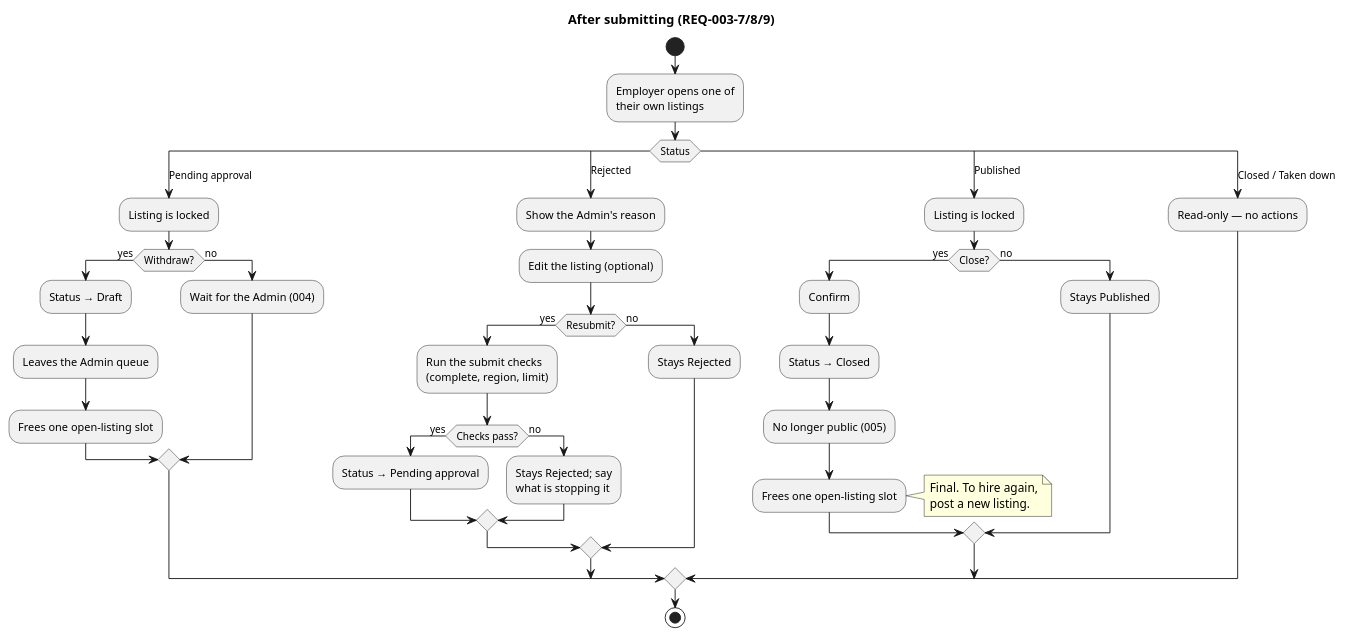
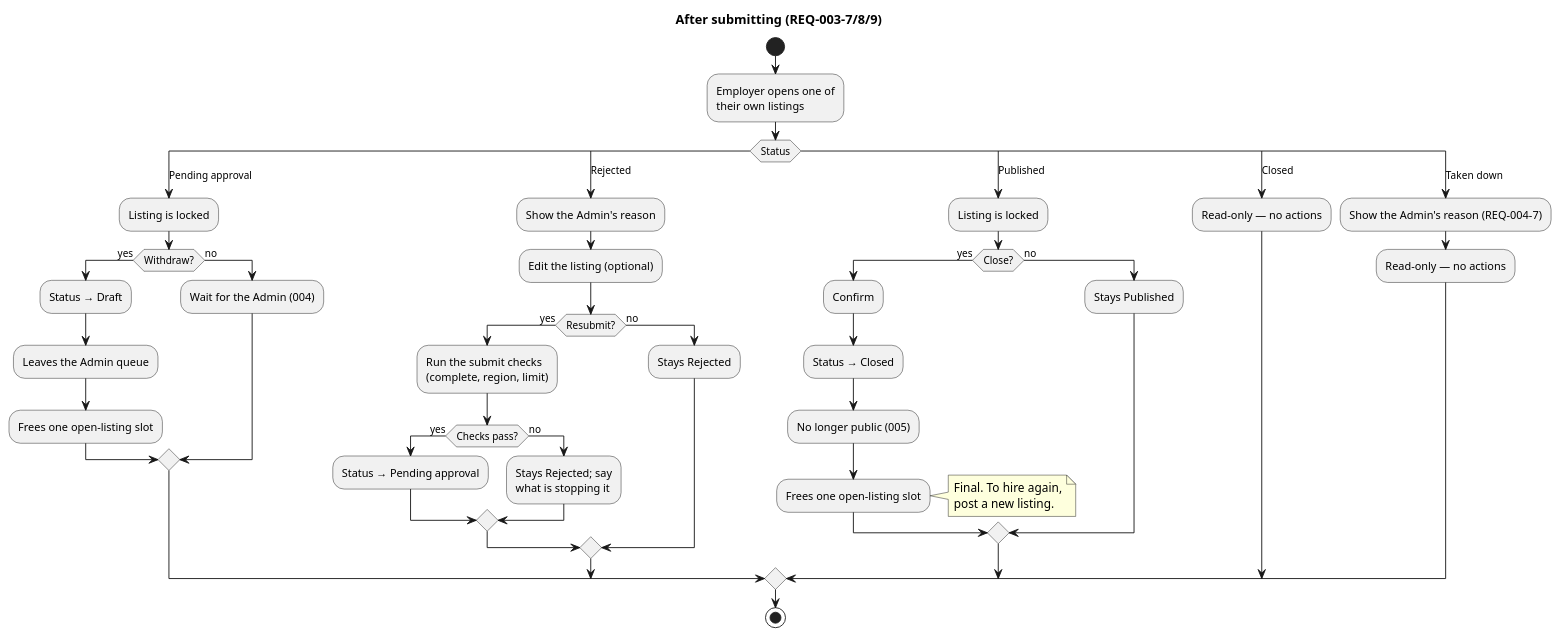
One commit to raseniero/jairojobs-elixir changed the diagram in docs/specs/003-listings-employer-posting/diagrams/activity-after-submitting.puml. Above: the diagram before and after it, drawn with PlantUML. The commit also changed 16 other files, not shown here.

Commit message:
feat(web): reject and take down with a reason (REQ-004-6, REQ-004-7)

```diff
--- a/docs/specs/003-listings-employer-posting/diagrams/activity-after-submitting.puml
+++ b/docs/specs/003-listings-employer-posting/diagrams/activity-after-submitting.puml
@@ -1,51 +1,54 @@
 @startuml activity-after-submitting
 ' Spec 003 — withdraw, fix a rejected listing, close a published one (REQ-003-7, -8, -9)
 title After submitting (REQ-003-7/8/9)
 
 start
 :Employer opens one of
 their own listings;
 switch (Status)
 case (Pending approval)
   :Listing is locked;
   if (Withdraw?) then (yes)
     :Status → Draft;
     :Leaves the Admin queue;
     :Frees one open-listing slot;
   else (no)
     :Wait for the Admin (004);
   endif
 case (Rejected)
   :Show the Admin's reason;
   :Edit the listing (optional);
   if (Resubmit?) then (yes)
     :Run the submit checks
     (complete, region, limit);
     if (Checks pass?) then (yes)
       :Status → Pending approval;
     else (no)
       :Stays Rejected; say
       what is stopping it;
     endif
   else (no)
     :Stays Rejected;
   endif
 case (Published)
   :Listing is locked;
   if (Close?) then (yes)
     :Confirm;
     :Status → Closed;
     :No longer public (005);
     :Frees one open-listing slot;
     note right
       Final. To hire again,
       post a new listing.
     end note
   else (no)
     :Stays Published;
   endif
-case (Closed / Taken down)
+case (Closed)
+  :Read-only — no actions;
+case (Taken down)
+  :Show the Admin's reason (REQ-004-7);
   :Read-only — no actions;
 endswitch
 stop
 @enduml
```
